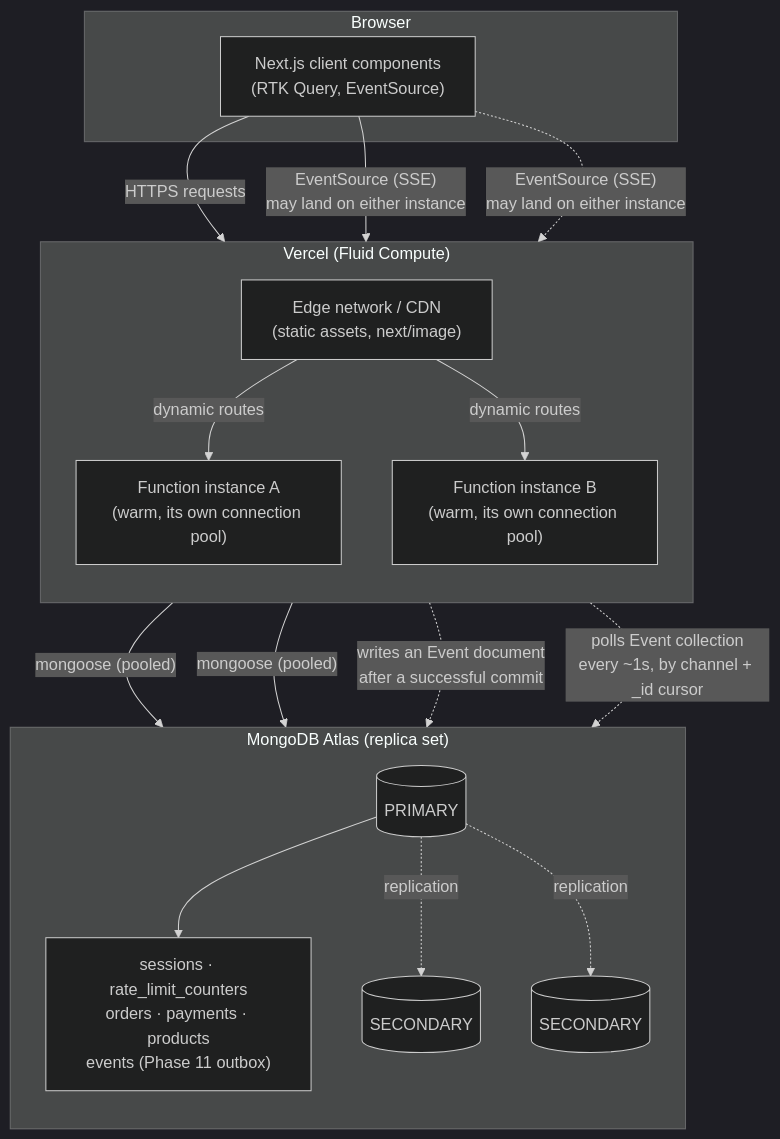
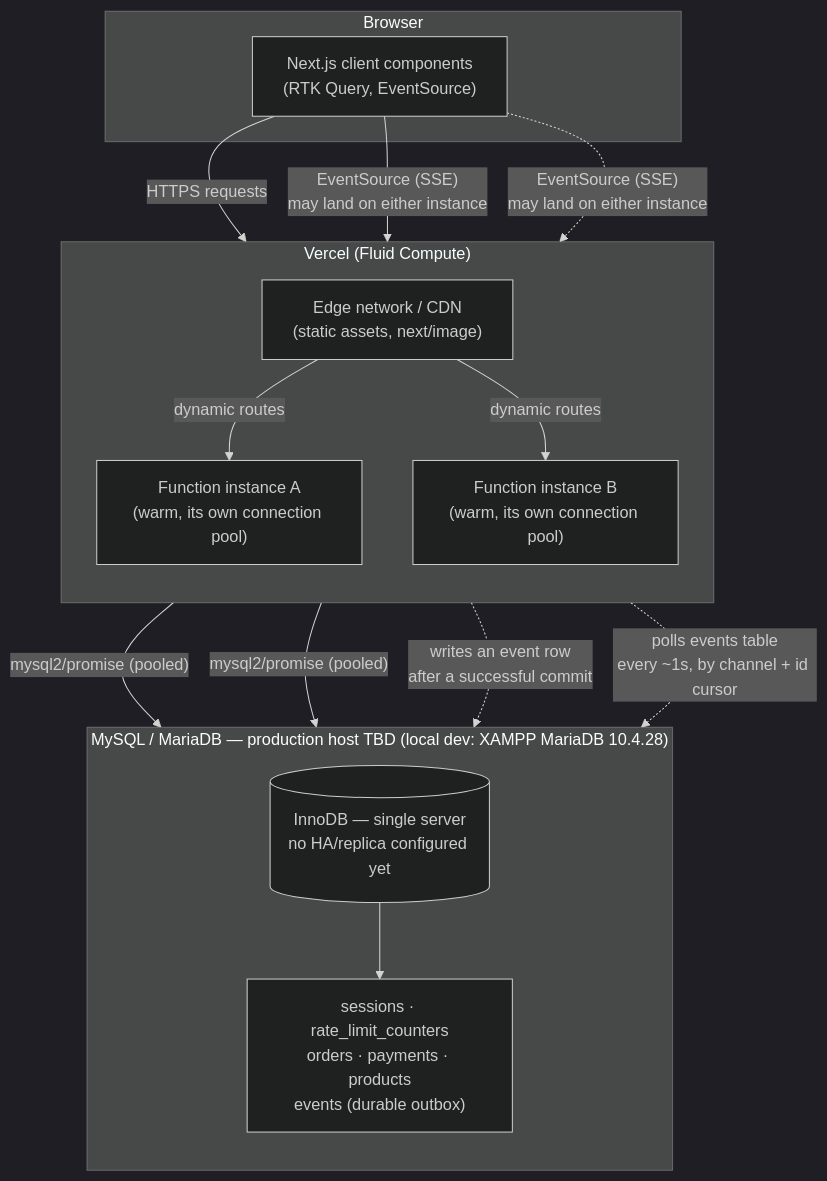
One commit to TahoshinIslam/ladies-ecomm-nextjs changed the diagram in docs/PRODUCTION_READINESS.md. Above: the diagram before and after it, drawn with Mermaid (dark theme). The commit also changed other lines of this file and 161 other files, not shown here.

First line of the commit message:
feat: complete MongoDB to MySQL/MariaDB migration, homepage/category redesign, and production-readiness fixes

````diff
--- a/docs/PRODUCTION_READINESS.md
+++ b/docs/PRODUCTION_READINESS.md
@@ -554,36 +770,32 @@
 ```mermaid
 flowchart TB
     subgraph Client["Browser"]
         UI["Next.js client components<br/>(RTK Query, EventSource)"]
     end
 
     subgraph Vercel["Vercel (Fluid Compute)"]
         direction TB
         FN1["Function instance A<br/>(warm, its own connection pool)"]
         FN2["Function instance B<br/>(warm, its own connection pool)"]
         Edge["Edge network / CDN<br/>(static assets, next/image)"]
     end
 
-    subgraph Atlas["MongoDB Atlas (replica set)"]
+    subgraph MySQLHost["MySQL / MariaDB — production host TBD (local dev: XAMPP MariaDB 10.4.28)"]
         direction TB
-        Primary[("PRIMARY")]
-        Secondary1[("SECONDARY")]
-        Secondary2[("SECONDARY")]
-        Collections["sessions · rate_limit_counters<br/>orders · payments · products<br/>events (Phase 11 outbox)"]
+        DB[("InnoDB — single server<br/>no HA/replica configured yet")]
+        Tables["sessions · rate_limit_counters<br/>orders · payments · products<br/>events (durable outbox)"]
     end
 
     UI -- "HTTPS requests" --> Edge
     Edge -- "dynamic routes" --> FN1
     Edge -- "dynamic routes" --> FN2
     UI -- "EventSource (SSE)<br/>may land on either instance" --> FN1
     UI -. "EventSource (SSE)<br/>may land on either instance" .-> FN2
 
-    FN1 -- "mongoose (pooled)" --> Primary
-    FN2 -- "mongoose (pooled)" --> Primary
-    Primary --> Collections
-    Primary -. "replication" .-> Secondary1
-    Primary -. "replication" .-> Secondary2
+    FN1 -- "mysql2/promise (pooled)" --> DB
+    FN2 -- "mysql2/promise (pooled)" --> DB
+    DB --> Tables
 
-    FN1 -. "writes an Event document<br/>after a successful commit" .-> Collections
-    FN2 -. "polls Event collection<br/>every ~1s, by channel + _id cursor" .-> Collections
+    FN1 -. "writes an event row<br/>after a successful commit" .-> Tables
+    FN2 -. "polls events table<br/>every ~1s, by channel + id cursor" .-> Tables
 ```
````
